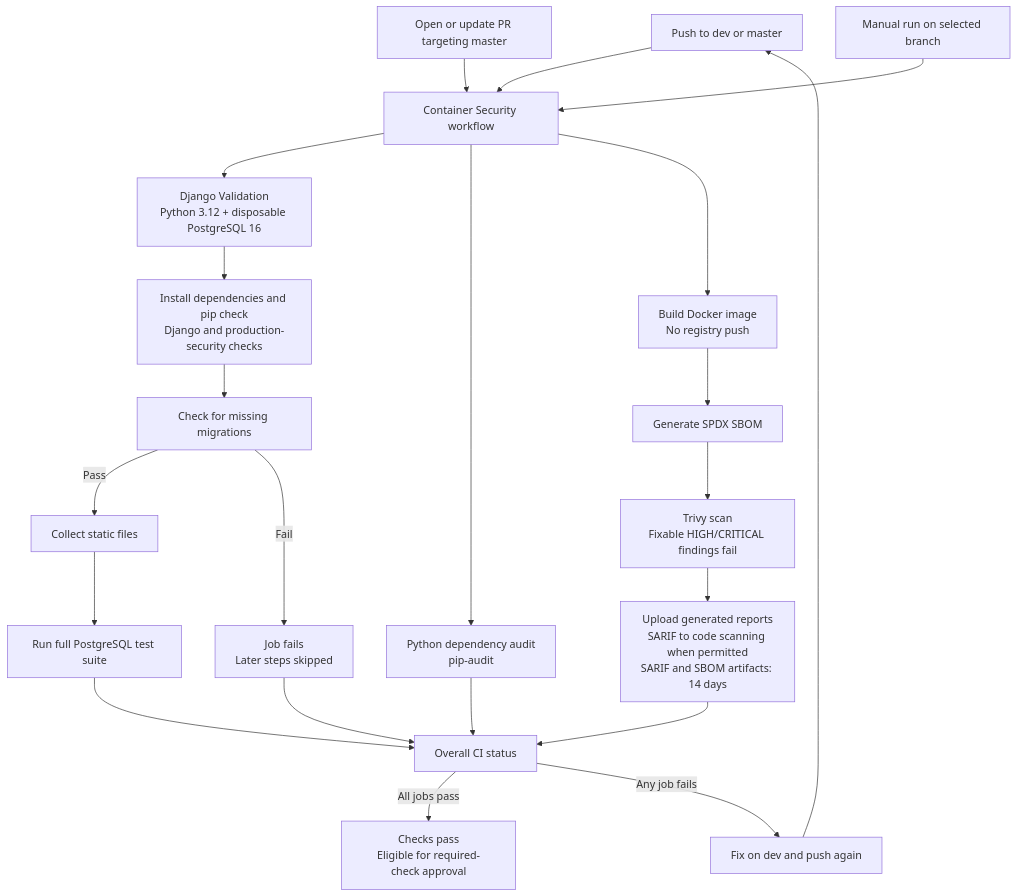
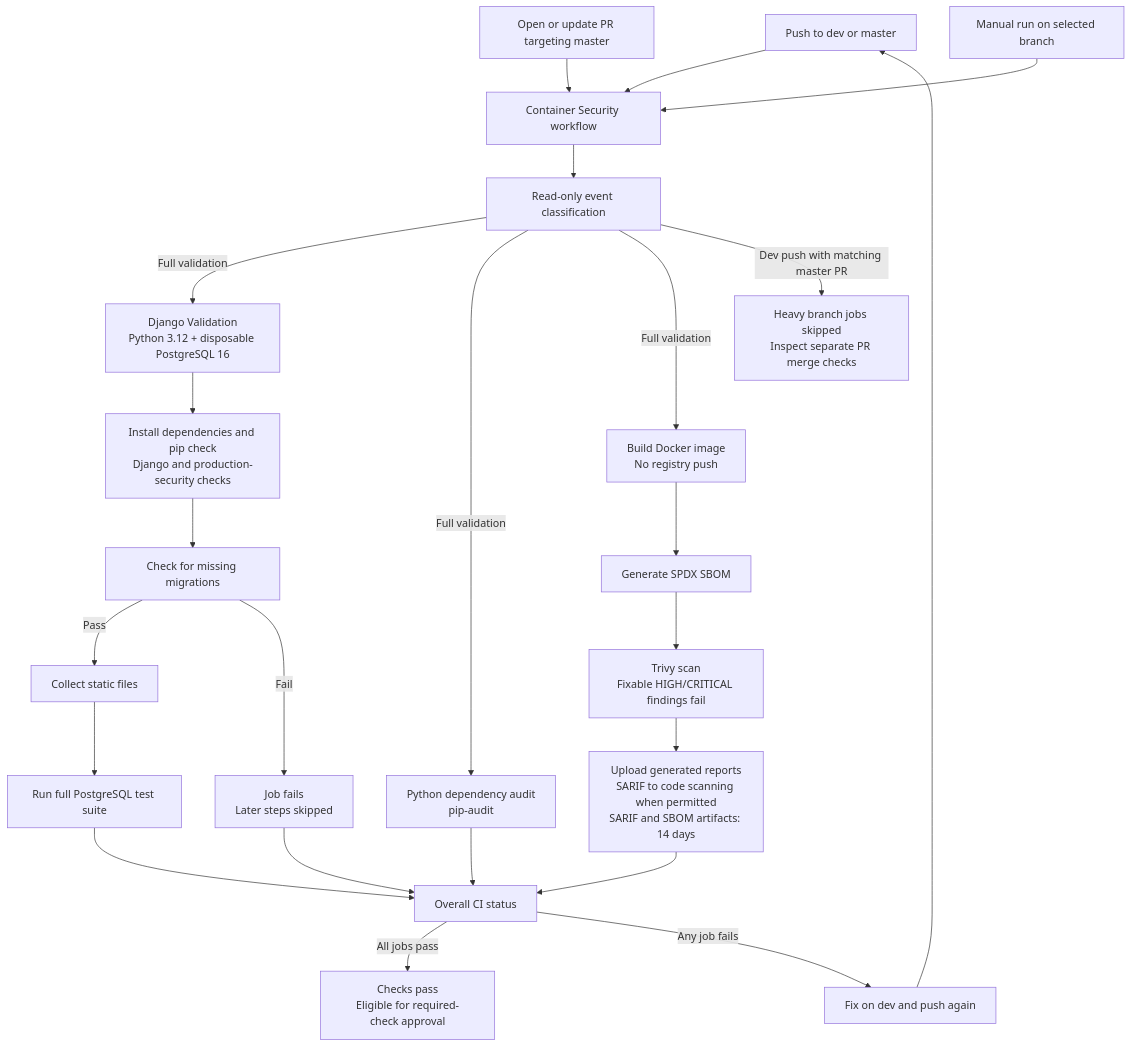
The diagram in docs/ci-workflow-testing.md (lloydismael/RequestHub), drawn with Mermaid before and after one commit. The commit also changed other lines of this file and 3 other files, not shown here.

Commit message:
ci: avoid duplicate dev and PR validation

````diff
--- a/docs/ci-workflow-testing.md
+++ b/docs/ci-workflow-testing.md
@@ -19,27 +21,29 @@
 ```mermaid
 flowchart TD
 	PUSH["Push to dev or master"] --> START["Container Security workflow"]
 	PR["Open or update PR targeting master"] --> START
 	MANUAL["Manual run on selected branch"] --> START
-	START --> DJANGO["Django Validation<br/>Python 3.12 + disposable PostgreSQL 16"]
-	START --> AUDIT["Python dependency audit<br/>pip-audit"]
-	START --> BUILD["Build Docker image<br/>No registry push"]
+	START --> ROUTE["Read-only event classification"]
+	ROUTE -->|Full validation| DJANGO["Django Validation<br/>Python 3.12 + disposable PostgreSQL 16"]
+	ROUTE -->|Full validation| AUDIT["Python dependency audit<br/>pip-audit"]
+	ROUTE -->|Full validation| BUILD["Build Docker image<br/>No registry push"]
+	ROUTE -->|Dev push with matching master PR| PRCHECKS["Heavy branch jobs skipped<br/>Inspect separate PR merge checks"]
 
 	DJANGO --> CONFIG["Install dependencies and pip check<br/>Django and production-security checks"]
 	CONFIG --> MIGRATIONS["Check for missing migrations"]
 	MIGRATIONS -->|Pass| STATIC["Collect static files"]
 	STATIC --> TESTS["Run full PostgreSQL test suite"]
 	MIGRATIONS -->|Fail| BLOCKED["Job fails<br/>Later steps skipped"]
 
 	BUILD --> SBOM["Generate SPDX SBOM"]
 	SBOM --> TRIVY["Trivy scan<br/>Fixable HIGH/CRITICAL findings fail"]
 	TRIVY --> REPORTS["Upload generated reports<br/>SARIF to code scanning when permitted<br/>SARIF and SBOM artifacts: 14 days"]
 
 	TESTS --> RESULT["Overall CI status"]
 	AUDIT --> RESULT
 	REPORTS --> RESULT
 	BLOCKED --> RESULT
 	RESULT -->|All jobs pass| GREEN["Checks pass<br/>Eligible for required-check approval"]
 	RESULT -->|Any job fails| RED["Fix on dev and push again"]
 	RED --> PUSH
 ```
````
